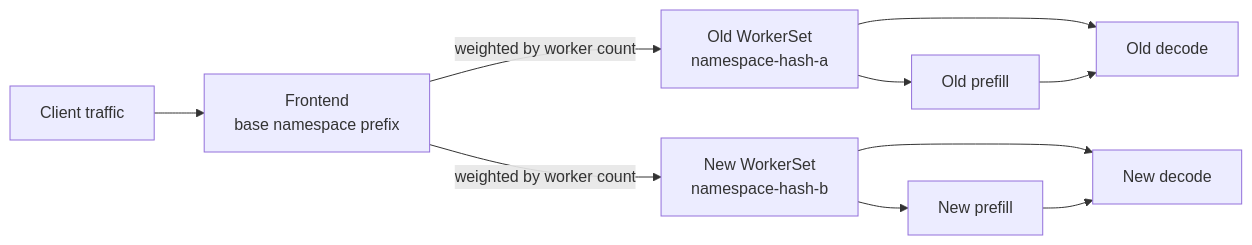
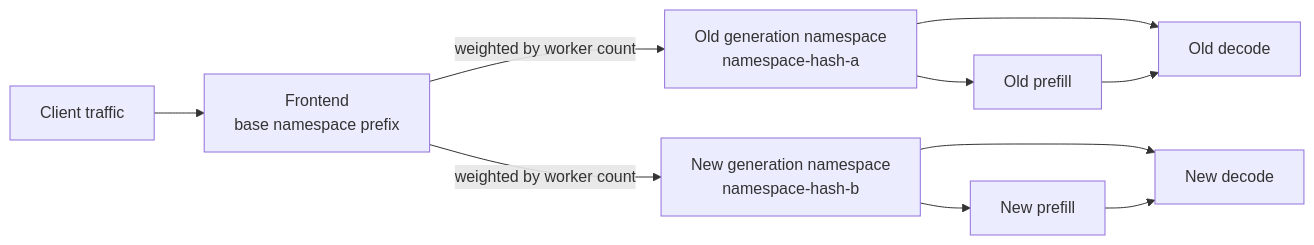
The diagram in docs/fern/pages/developer-guide/knowledge-base/kubernetes/kubernetes-operator/rolling-update.md (ai-dynamo/dynamo), drawn with Mermaid before and after one commit. The commit also changed other lines of this file and 1 other file, not shown here.

````diff
--- a/docs/fern/pages/developer-guide/knowledge-base/kubernetes/kubernetes-operator/rolling-update.md
+++ b/docs/fern/pages/developer-guide/knowledge-base/kubernetes/kubernetes-operator/rolling-update.md
@@ -139,12 +139,12 @@
 ```mermaid
 flowchart LR
     C[Client traffic] --> F[Frontend<br/>base namespace prefix]
-    F -->|weighted by worker count| O[Old WorkerSet<br/>namespace-hash-a]
-    F -->|weighted by worker count| N[New WorkerSet<br/>namespace-hash-b]
+    F -->|weighted by worker count| O[Old generation namespace<br/>namespace-hash-a]
+    F -->|weighted by worker count| N[New generation namespace<br/>namespace-hash-b]
     O --> OP[Old prefill]
     O --> OD[Old decode]
     N --> NP[New prefill]
     N --> ND[New decode]
     OP --> OD
     NP --> ND
 ```
````
